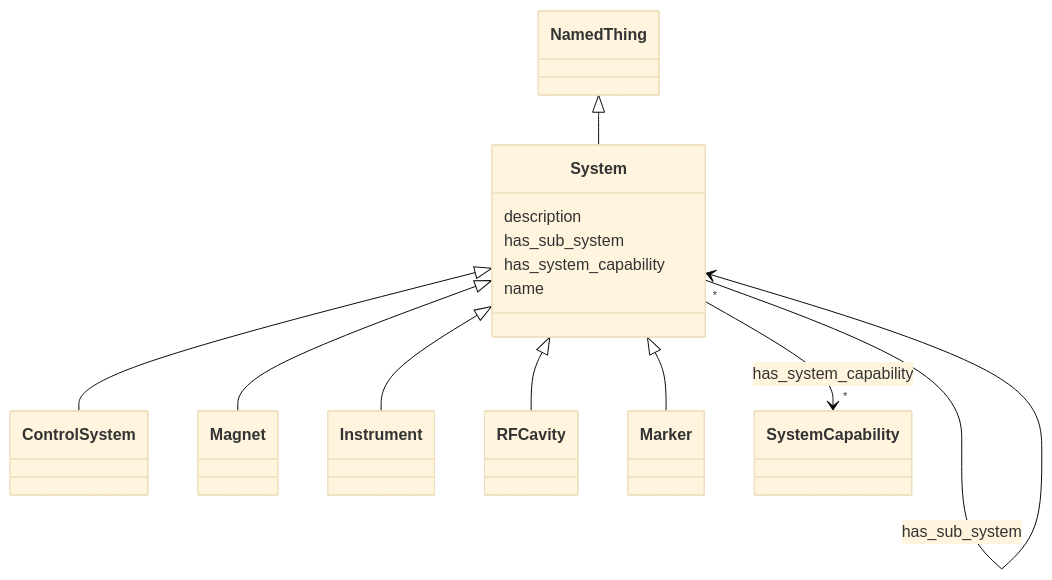
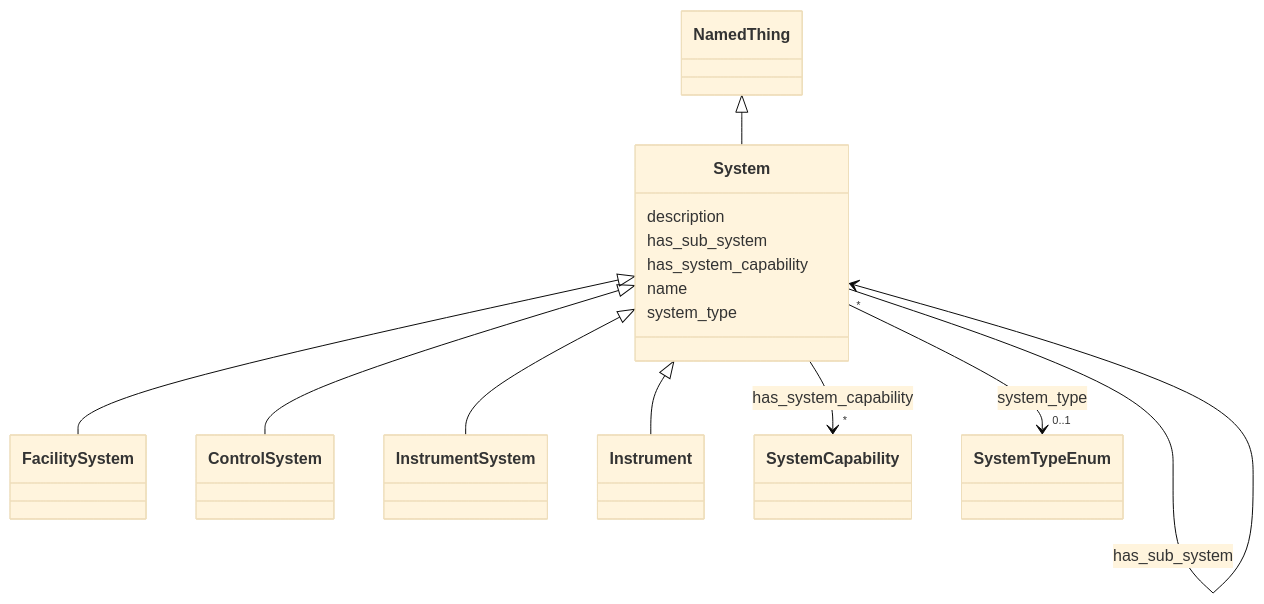
Before and after one commit to pals-project/pals-facility-config: the diagram in docs_narad/System.md, drawn with Mermaid (base theme). The commit also changed other lines of this file and 126 other files, not shown here.

````diff
--- a/docs_narad/System.md
+++ b/docs_narad/System.md
@@ -20,48 +20,57 @@
 ```mermaid
  classDiagram
     class System
     click System href "../System/"
       NamedThing <|-- System
         click NamedThing href "../NamedThing/"
       
 
+      System <|-- FacilitySystem
+        click FacilitySystem href "../FacilitySystem/"
       System <|-- ControlSystem
         click ControlSystem href "../ControlSystem/"
-      System <|-- Magnet
-        click Magnet href "../Magnet/"
+      System <|-- InstrumentSystem
+        click InstrumentSystem href "../InstrumentSystem/"
       System <|-- Instrument
         click Instrument href "../Instrument/"
-      System <|-- RFCavity
-        click RFCavity href "../RFCavity/"
-      System <|-- Marker
-        click Marker href "../Marker/"
       
 
       System : description
         
       System : has_sub_system
         
           
     
         
         
         System --> "*" System : has_sub_system
         click System href "../System/"
     
 
         
       System : has_system_capability
         
           
     
         
         
         System --> "*" SystemCapability : has_system_capability
         click SystemCapability href "../SystemCapability/"
     
 
         
       System : name
         
+      System : system_type
+        
+          
+    
+        
+        
+        System --> "0..1" SystemTypeEnum : system_type
+        click SystemTypeEnum href "../SystemTypeEnum/"
+    
+
+        
       
 ```
````
